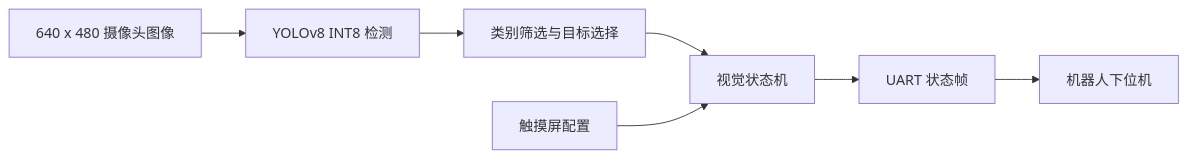
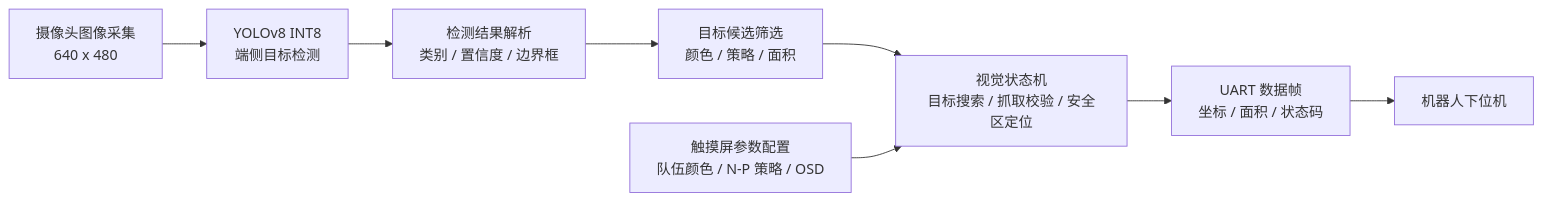
One commit to Pinle-Yu/2025-intelligent-rescue-vision changed the diagram in README.md. Above: the diagram before and after it, drawn with Mermaid. The commit also changed other lines of this file, not shown here.

Commit message:
完善数据集指标和系统流程

````diff
--- a/README.md
+++ b/README.md
@@ -35,9 +35,10 @@
 ```mermaid
 flowchart LR
-    A[640 x 480 摄像头图像] --> B[YOLOv8 INT8 检测]
-    B --> C[类别筛选与目标选择]
-    C --> D[视觉状态机]
-    D --> E[UART 状态帧]
-    E --> F[机器人下位机]
-    G[触摸屏配置] --> D
+    A[摄像头图像采集<br/>640 x 480] --> B[YOLOv8 INT8<br/>端侧目标检测]
+    B --> C[检测结果解析<br/>类别 / 置信度 / 边界框]
+    C --> D[目标候选筛选<br/>颜色 / 策略 / 面积]
+    D --> E[视觉状态机<br/>目标搜索 / 抓取校验 / 安全区定位]
+    E --> F[UART 数据帧<br/>坐标 / 面积 / 状态码]
+    F --> G[机器人下位机]
+    H[触摸屏参数配置<br/>队伍颜色 / N-P 策略 / OSD] --> E
 ```
````
